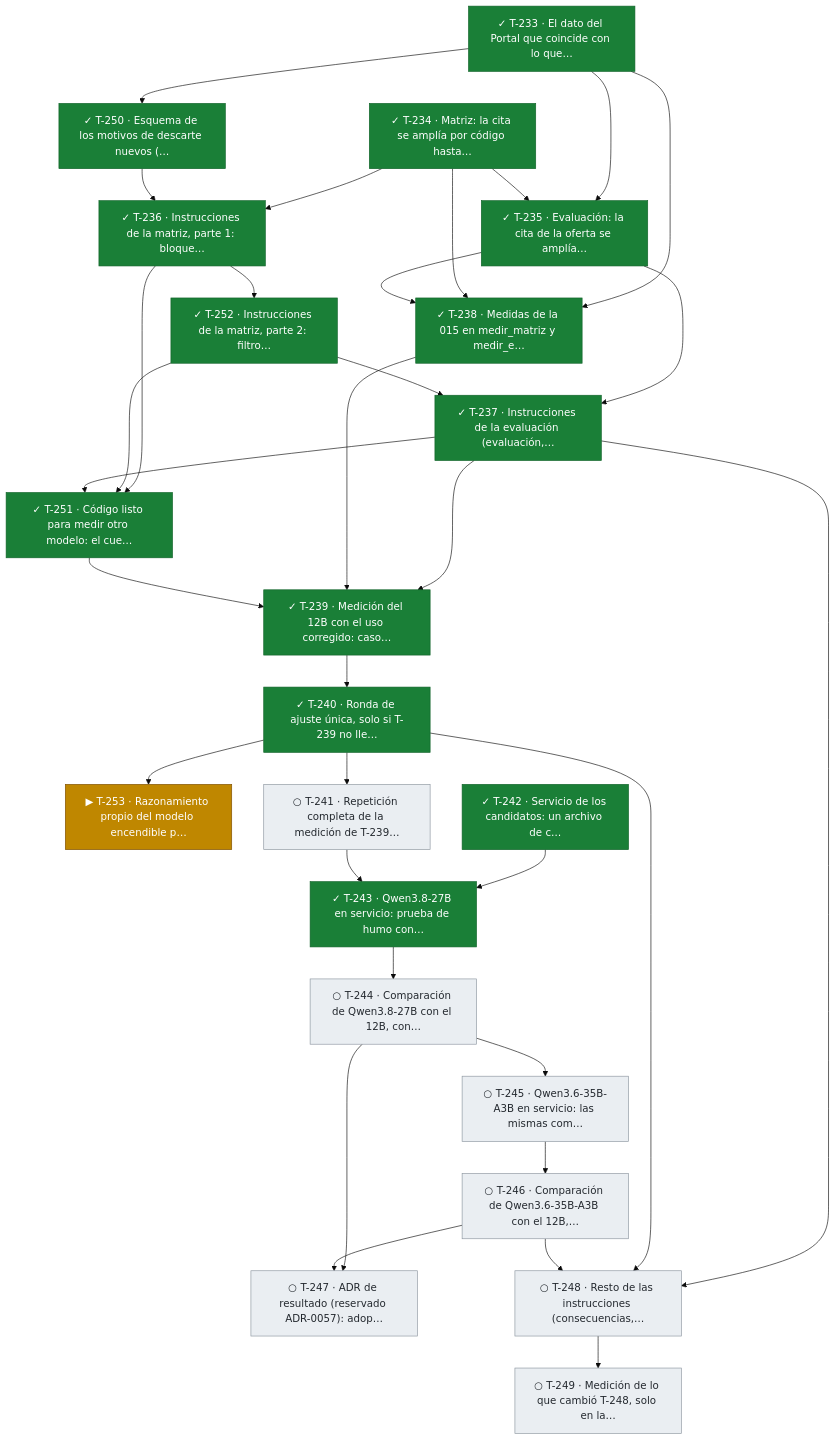
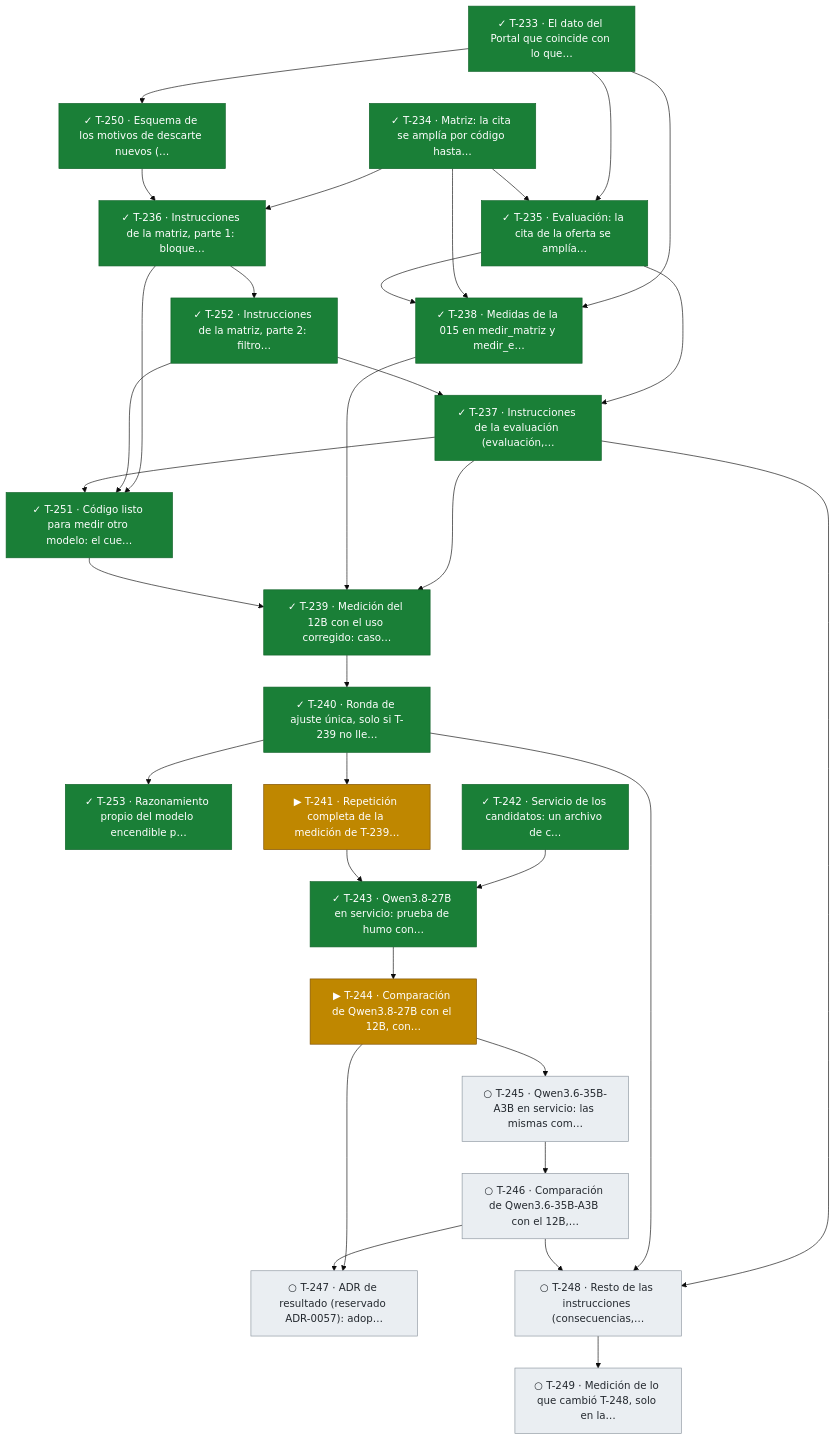
Before and after one commit to snavello/EVALUON: diagram 17 of 17 in docs/tablero.md, drawn with Mermaid (base theme). The commit also changed other lines of this file and 1 other file, not shown here.

Commit message:
gestión: integra T-253 (razonamiento encendible, verificada); T-241 y T-244 en curso

````diff
--- a/docs/tablero.md
+++ b/docs/tablero.md
@@ -1321,60 +1321,60 @@
 ```mermaid
 flowchart TD
   T233["✓ T-233 · El dato del Portal que coincide con lo que…"]:::done
   T234["✓ T-234 · Matriz: la cita se amplía por código hasta…"]:::done
   T250["✓ T-250 · Esquema de los motivos de descarte nuevos (…"]:::done
   T235["✓ T-235 · Evaluación: la cita de la oferta se amplía…"]:::done
   T236["✓ T-236 · Instrucciones de la matriz, parte 1: bloque…"]:::done
   T252["✓ T-252 · Instrucciones de la matriz, parte 2: filtro…"]:::done
-  T253["▶ T-253 · Razonamiento propio del modelo encendible p…"]:::active
+  T253["✓ T-253 · Razonamiento propio del modelo encendible p…"]:::done
   T237["✓ T-237 · Instrucciones de la evaluación (evaluación,…"]:::done
   T251["✓ T-251 · Código listo para medir otro modelo: el cue…"]:::done
   T238["✓ T-238 · Medidas de la 015 en medir_matriz y medir_e…"]:::done
   T239["✓ T-239 · Medición del 12B con el uso corregido: caso…"]:::done
   T240["✓ T-240 · Ronda de ajuste única, solo si T-239 no lle…"]:::done
-  T241["○ T-241 · Repetición completa de la medición de T-239…"]:::todo
+  T241["▶ T-241 · Repetición completa de la medición de T-239…"]:::active
   T242["✓ T-242 · Servicio de los candidatos: un archivo de c…"]:::done
   T243["✓ T-243 · Qwen3.8-27B en servicio: prueba de humo con…"]:::done
-  T244["○ T-244 · Comparación de Qwen3.8-27B con el 12B, con…"]:::todo
+  T244["▶ T-244 · Comparación de Qwen3.8-27B con el 12B, con…"]:::active
   T245["○ T-245 · Qwen3.6-35B-A3B en servicio: las mismas com…"]:::todo
   T246["○ T-246 · Comparación de Qwen3.6-35B-A3B con el 12B,…"]:::todo
   T247["○ T-247 · ADR de resultado (reservado ADR-0057): adop…"]:::todo
   T248["○ T-248 · Resto de las instrucciones (consecuencias,…"]:::todo
   T249["○ T-249 · Medición de lo que cambió T-248, solo en la…"]:::todo
   T233 --> T250
   T233 --> T235
   T234 --> T235
   T234 --> T236
   T250 --> T236
   T236 --> T252
   T240 --> T253
   T235 --> T237
   T252 --> T237
   T236 --> T251
   T252 --> T251
   T237 --> T251
   T233 --> T238
   T234 --> T238
   T235 --> T238
   T237 --> T239
   T238 --> T239
   T251 --> T239
   T239 --> T240
   T240 --> T241
   T242 --> T243
   T241 --> T243
   T243 --> T244
   T244 --> T245
   T245 --> T246
   T244 --> T247
   T246 --> T247
   T237 --> T248
   T240 --> T248
   T246 --> T248
   T248 --> T249
   classDef done fill:#1a7f37,stroke:#116329,color:#ffffff
   classDef review fill:#0969da,stroke:#0550ae,color:#ffffff
   classDef active fill:#bf8700,stroke:#7d4e00,color:#ffffff
   classDef blocked fill:#cf222e,stroke:#a40e26,color:#ffffff
   classDef todo fill:#eaeef2,stroke:#8c959f,color:#24292f
 ```
````
